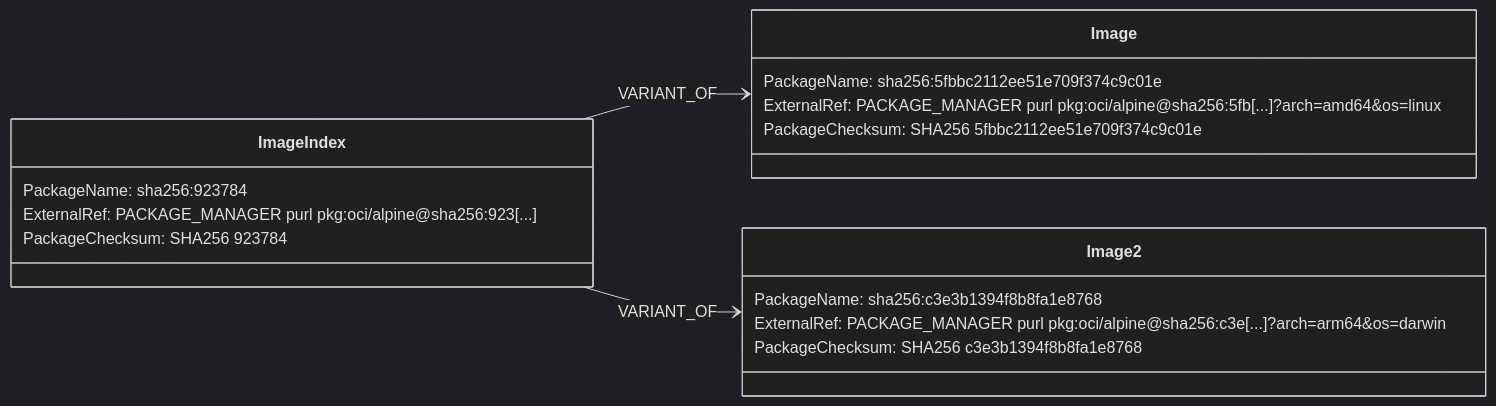
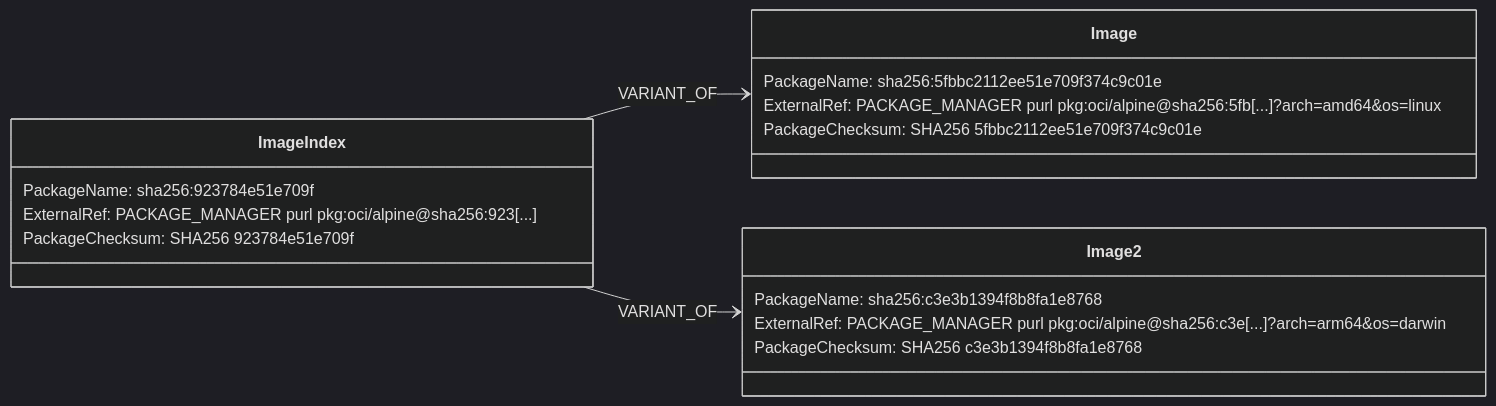
The diagram in semantics/oci-multiarch-index.md (spdx/spdx-examples), drawn with Mermaid (dark theme) before and after one commit. The commit also changed other lines of this file and 2 other files, not shown here.

````diff
--- a/semantics/oci-multiarch-index.md
+++ b/semantics/oci-multiarch-index.md
@@ -18,22 +17,22 @@
 ```mermaid
 classDiagram
   direction LR
 class ImageIndex{
-  PackageName: sha256:923784
+  PackageName: sha256:923784e51e709f
   ExternalRef: PACKAGE_MANAGER purl pkg:oci/alpine@sha256:923[...]
-  PackageChecksum: SHA256 923784
+  PackageChecksum: SHA256 923784e51e709f
 }
 class Image{
   PackageName: sha256:5fbbc2112ee51e709f374c9c01e
   ExternalRef: PACKAGE_MANAGER purl pkg:oci/alpine@sha256:5fb[...]?arch=amd64&os=linux
   PackageChecksum: SHA256 5fbbc2112ee51e709f374c9c01e
 }
 class Image2 {
   PackageName: sha256:c3e3b1394f8b8fa1e8768
   ExternalRef: PACKAGE_MANAGER purl pkg:oci/alpine@sha256:c3e[...]?arch=arm64&os=darwin
   PackageChecksum: SHA256 c3e3b1394f8b8fa1e8768
 }
 
     ImageIndex --> Image: VARIANT_OF
     ImageIndex --> Image2: VARIANT_OF
 ```
````
